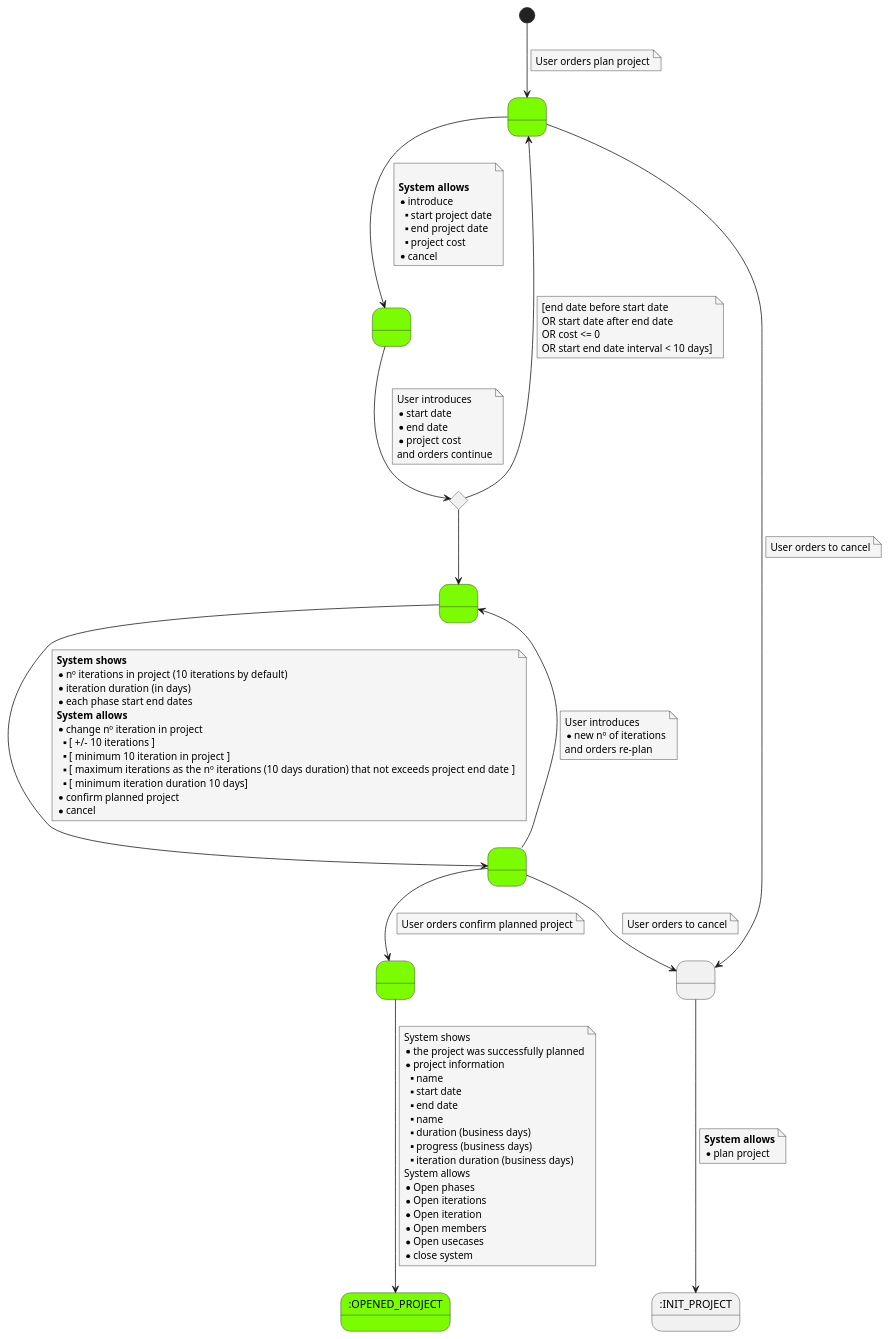
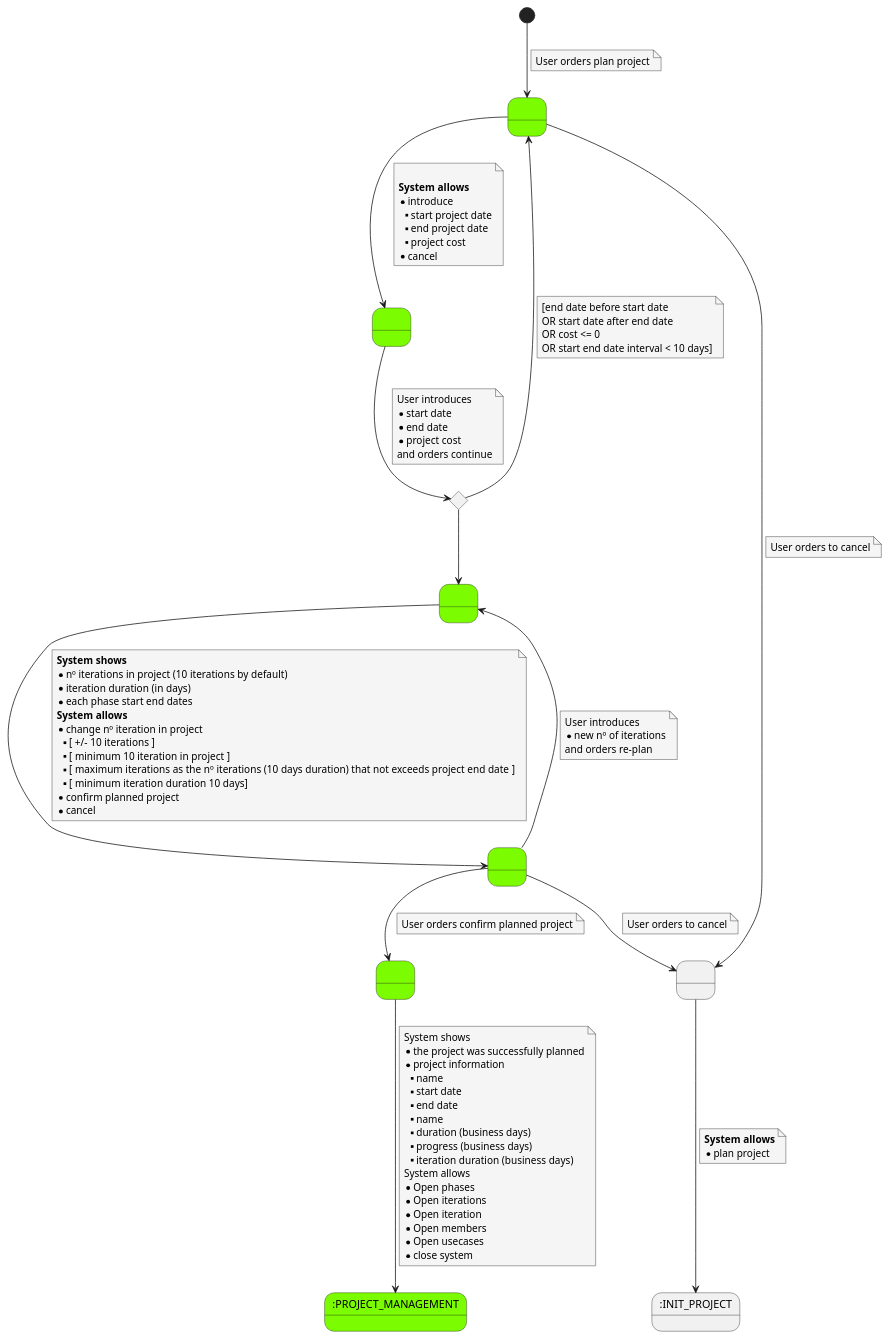
Before and after one commit to rup-projects/rup-projects: the diagram in documentation/diagrams/usecases/specifications/general/PlanProject.puml, drawn with PlantUML. The commit also changed 16 other files, not shown here.

Commit message:
cambiamos de nombre OPENED por MANAGEMENT

```diff
--- a/documentation/diagrams/usecases/specifications/general/PlanProject.puml
+++ b/documentation/diagrams/usecases/specifications/general/PlanProject.puml
@@ -1,116 +1,116 @@
 @startuml
 
 skinparam {
     NoteBackgroundColor #whiteSmoke
 }
 
 state 1 as " " #LawnGreen
 state 2 as " " #LawnGreen
 state 3 <<choice>>
 state 4 as " " #LawnGreen
 state 5 as " " #LawnGreen
 state 6 as " " #LawnGreen
 state 9 as " "
-state 7 as ":OPENED_PROJECT" #LawnGreen
+state 7 as ":PROJECT_MANAGEMENT" #LawnGreen
 state INIT_PROJECT as ":INIT_PROJECT"
 
 [*] --> 1
 note on link
     User orders plan project
 end note
 1 --> 2
 note on link
 
 <b>System allows</b>
 * introduce
 ** start project date
 ** end project date
 **  project cost
 * cancel
 end note
 
 1 --> 9
 note on link
     User orders to cancel
 end note
 
 2 --> 3
 note on link
     User introduces
     * start date
     * end date
     * project cost
     and orders continue
 end note
 
 3 --> 1
 note on link
     [end date before start date
     OR start date after end date
     OR cost <= 0
     OR start end date interval < 10 days]
 end note
 
 3 --> 4
 
 4 --> 5
 note on link
     <b>System shows</b>
     * nº iterations in project (10 iterations by default)
     * iteration duration (in days)
     * each phase start end dates
     <b>System allows</b>
     * change nº iteration in project
     **[ +/- 10 iterations ]
     **[ minimum 10 iteration in project ]
     **[ maximum iterations as the nº iterations (10 days duration) that not exceeds project end date ]
     **[ minimum iteration duration 10 days]
     * confirm planned project
     * cancel
 end note
 
 5 --> 9
 note on link
     User orders to cancel
 end note
 
 5 --> 4
 note on link
     User introduces
     * new nº of iterations
     and orders re-plan
 end note
 
 5 --> 6
 note on link
     User orders confirm planned project
 end note
 
 6 --> 7
 note on link
     System shows
     * the project was successfully planned
     * project information
     ** name
     ** start date
     ** end date
     ** name
     ** duration (business days)
     ** progress (business days)
     ** iteration duration (business days)
     System allows
     * Open phases
     * Open iterations
     * Open iteration
     * Open members
     * Open usecases
     * close system
 end note
 
 9 --> INIT_PROJECT
 note on link
     <b>System allows</b>
     * plan project
 end note
 
 @enduml
```
